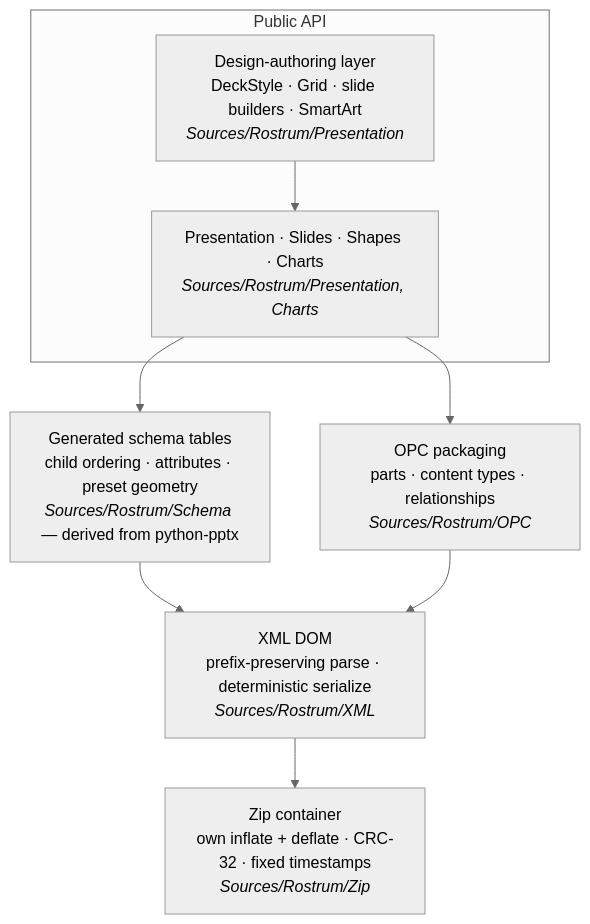
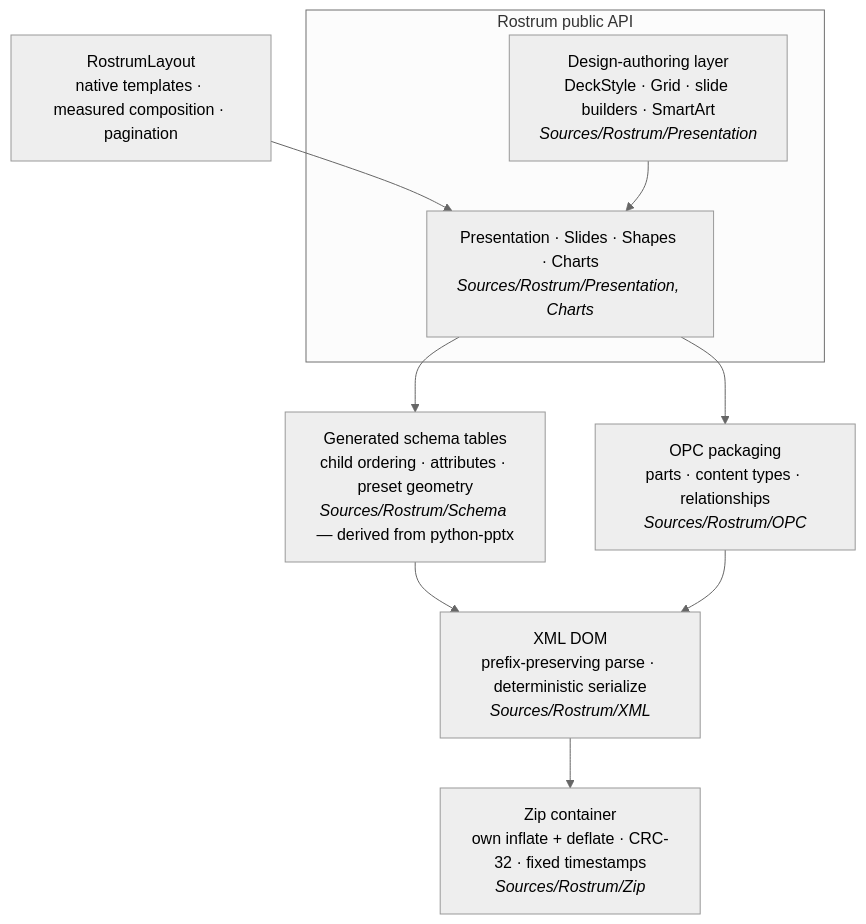
One commit to welshofer/rostrum changed the first of 2 diagrams in README.md. Above: the diagram before and after it, drawn with Mermaid (neutral theme). The commit also changed other lines of this file and 27 other files, not shown here.

Commit message:
Prepare Rostrum 1.0 with layout docs and inspectable Lectern demos

````diff
--- a/README.md
+++ b/README.md
@@ -149,18 +194,20 @@
 ```mermaid
 flowchart TB
-    subgraph API["Public API"]
+    L["RostrumLayout<br/>native templates · measured composition · pagination"]
+    subgraph API["Rostrum public API"]
         P["Presentation · Slides · Shapes · Charts<br/><i>Sources/Rostrum/Presentation, Charts</i>"]
         D["Design-authoring layer<br/>DeckStyle · Grid · slide builders · SmartArt<br/><i>Sources/Rostrum/Presentation</i>"]
     end
     S["Generated schema tables<br/>child ordering · attributes · preset geometry<br/><i>Sources/Rostrum/Schema</i> — derived from python-pptx"]
     O["OPC packaging<br/>parts · content types · relationships<br/><i>Sources/Rostrum/OPC</i>"]
     X["XML DOM<br/>prefix-preserving parse · deterministic serialize<br/><i>Sources/Rostrum/XML</i>"]
     Z["Zip container<br/>own inflate + deflate · CRC-32 · fixed timestamps<br/><i>Sources/Rostrum/Zip</i>"]
 
+    L --> P
     D --> P
     P --> S
     P --> O
     S --> X
     O --> X
     X --> Z
 ```
````
